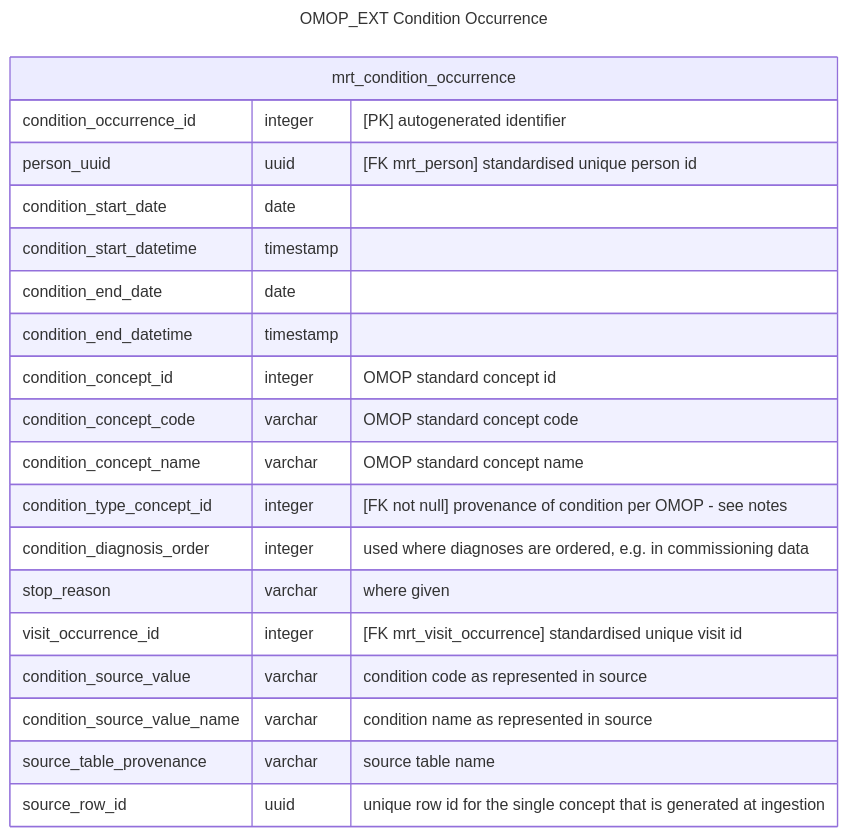
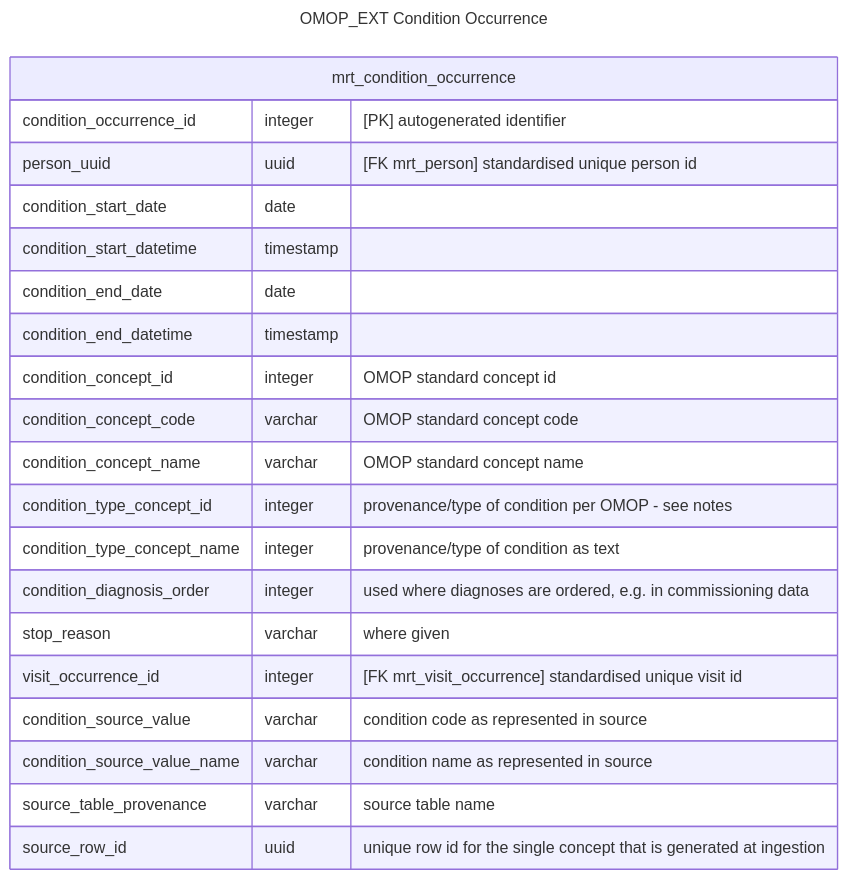
Before and after one commit to d3london/sde_aic_external_docs: the second of 3 diagrams in src/pages/data_model/cdm_condition_occurrence.qmd, drawn with Mermaid. The commit also changed other lines of this file, not shown here.

Commit message:
added type name

````diff
--- a/src/pages/data_model/cdm_condition_occurrence.qmd
+++ b/src/pages/data_model/cdm_condition_occurrence.qmd
@@ -60,25 +60,26 @@
 ```{mermaid}
 ---
 title: OMOP_EXT Condition Occurrence
 ---
 erDiagram
     mrt_condition_occurrence {
         condition_occurrence_id integer "[PK] autogenerated identifier"
         person_uuid uuid "[FK mrt_person] standardised unique person id"
         condition_start_date date
         condition_start_datetime timestamp
         condition_end_date date
         condition_end_datetime timestamp
         condition_concept_id integer "OMOP standard concept id"
         condition_concept_code varchar "OMOP standard concept code"
         condition_concept_name varchar "OMOP standard concept name"
-        condition_type_concept_id integer "[FK not null] provenance of condition per OMOP - see notes"                
+        condition_type_concept_id integer "provenance/type of condition per OMOP - see notes" 
+        condition_type_concept_name integer "provenance/type of condition as text"                          
         condition_diagnosis_order integer "used where diagnoses are ordered, e.g. in commissioning data"
         stop_reason varchar "where given"
         visit_occurrence_id integer "[FK mrt_visit_occurrence] standardised unique visit id"
         condition_source_value varchar "condition code as represented in source"
         condition_source_value_name varchar "condition name as represented in source"        
         source_table_provenance varchar "source table name"
         source_row_id uuid "unique row id for the single concept that is generated at ingestion"
     }
 ```
````
